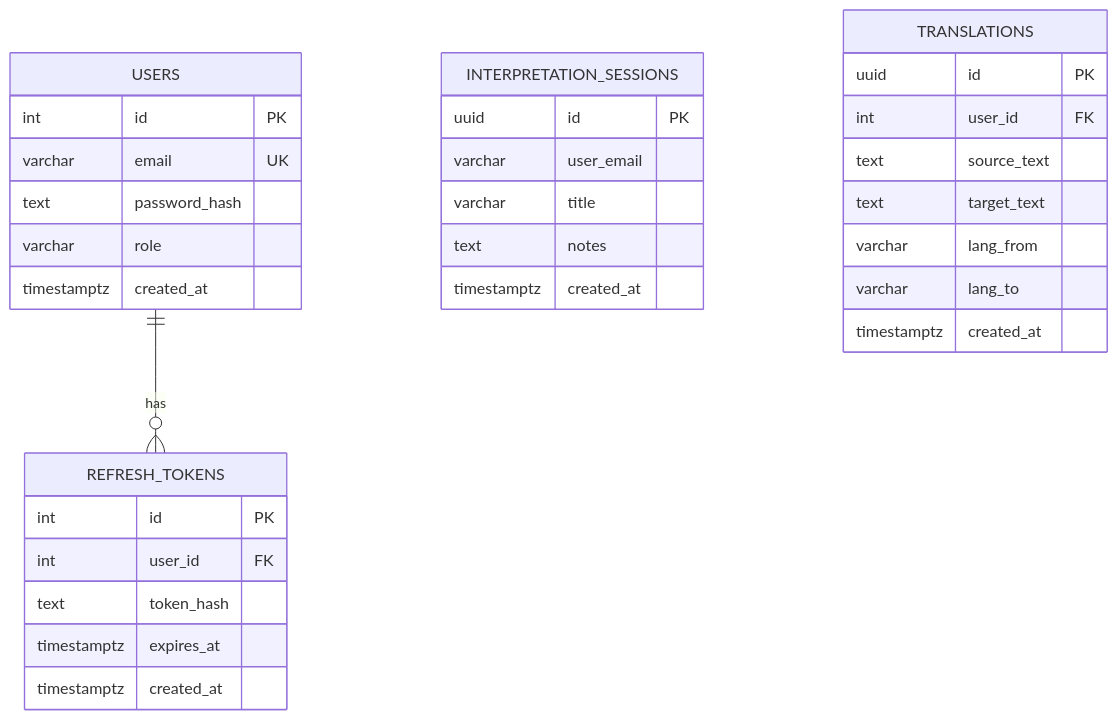
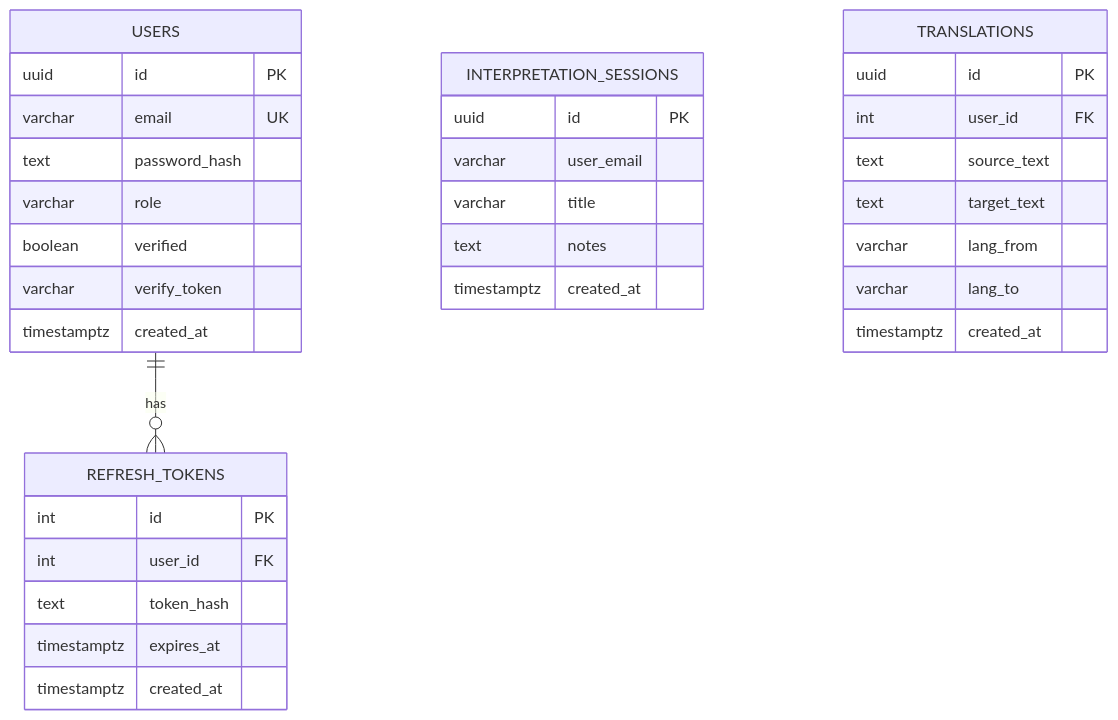
The eighth of 14 diagrams in .qoder/repowiki/en/content/Authentication Service.md (ikramhh/signvue-project), drawn with Mermaid before and after one commit. The commit also changed other lines of this file and 4 other files, not shown here.

````diff
--- a/.qoder/repowiki/en/content/Authentication Service.md
+++ b/.qoder/repowiki/en/content/Authentication Service.md
@@ -231,34 +286,36 @@
 ```mermaid
 erDiagram
 USERS {
-int id PK
+uuid id PK
 varchar email UK
 text password_hash
 varchar role
+boolean verified
+varchar verify_token
 timestamptz created_at
 }
 REFRESH_TOKENS {
 int id PK
 int user_id FK
 text token_hash
 timestamptz expires_at
 timestamptz created_at
 }
 USERS ||--o{ REFRESH_TOKENS : "has"
 INTERPRETATION_SESSIONS {
 uuid id PK
 varchar user_email
 varchar title
 text notes
 timestamptz created_at
 }
 TRANSLATIONS {
 uuid id PK
 int user_id FK
 text source_text
 text target_text
 varchar lang_from
 varchar lang_to
 timestamptz created_at
 }
 ```
````
